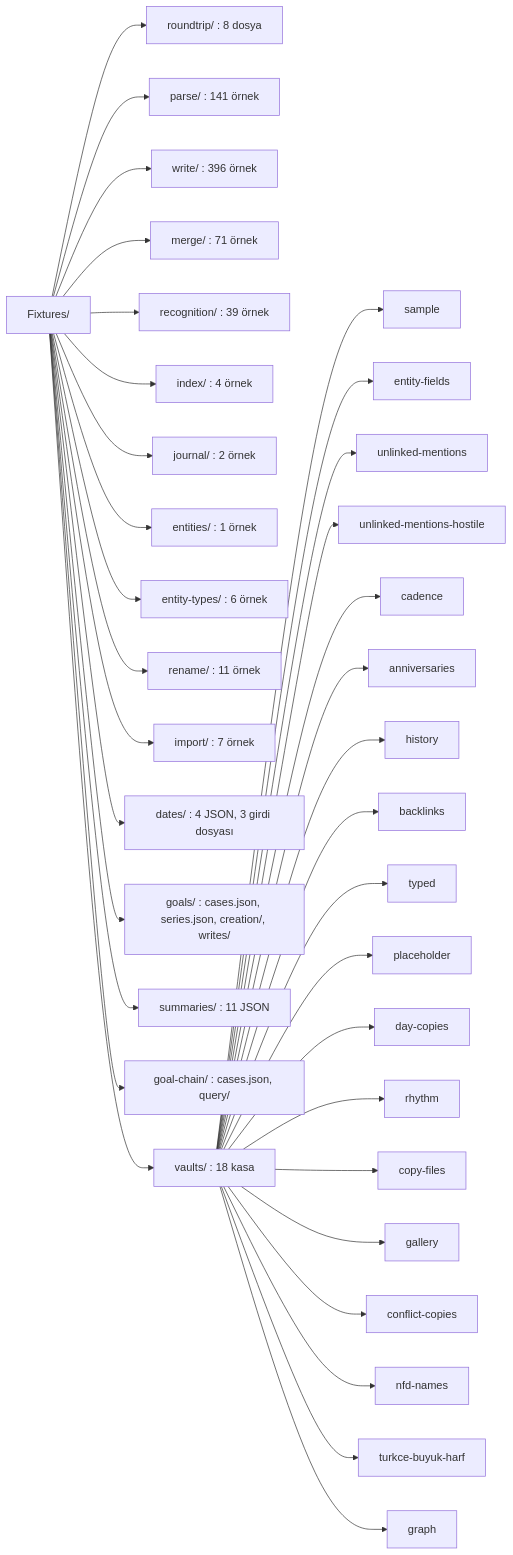
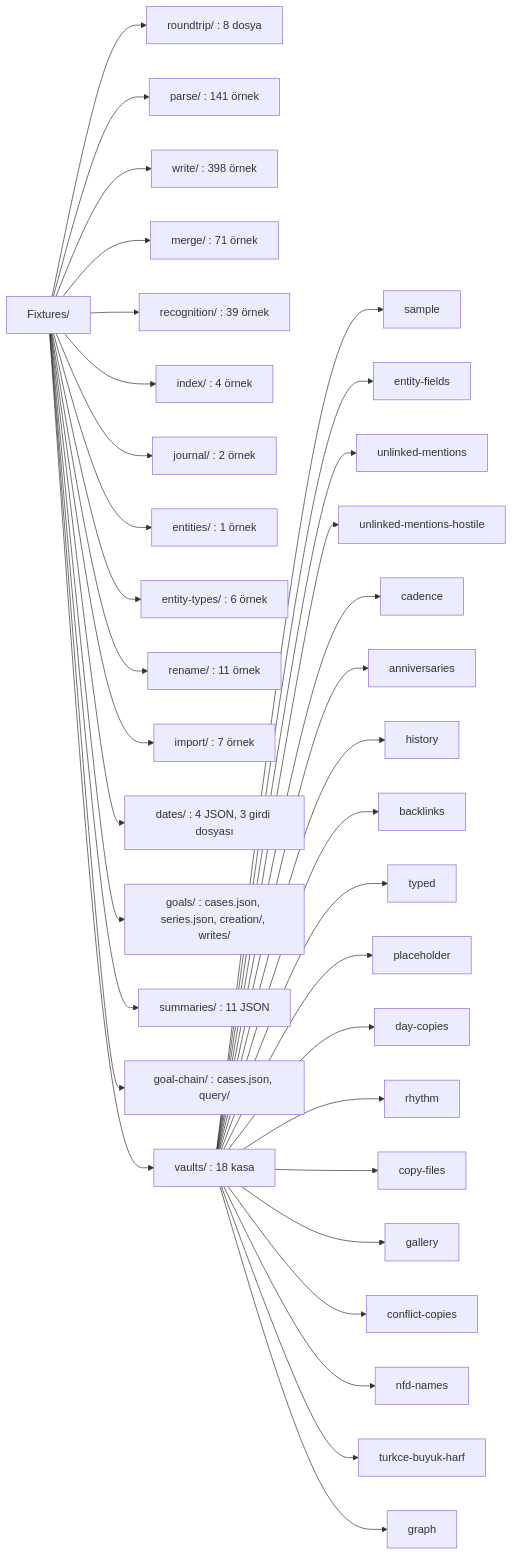
Before and after one commit to dogancanyildiz/kenet: the first of 11 diagrams in docs/fixtures.md, drawn with Mermaid. The commit also changed 41 other files, not shown here.

````diff
--- a/docs/fixtures.md
+++ b/docs/fixtures.md
@@ -15,38 +15,38 @@
 ```mermaid
 flowchart LR
   F["Fixtures/"]
   F --> RT["roundtrip/ : 8 dosya"]
   F --> PA["parse/ : 141 örnek"]
-  F --> WR["write/ : 396 örnek"]
+  F --> WR["write/ : 398 örnek"]
   F --> ME["merge/ : 71 örnek"]
   F --> RE["recognition/ : 39 örnek"]
   F --> IX["index/ : 4 örnek"]
   F --> JO["journal/ : 2 örnek"]
   F --> EN["entities/ : 1 örnek"]
   F --> ET["entity-types/ : 6 örnek"]
   F --> RN["rename/ : 11 örnek"]
   F --> IM["import/ : 7 örnek"]
   F --> DA["dates/ : 4 JSON, 3 girdi dosyası"]
   F --> GO["goals/ : cases.json, series.json, creation/, writes/"]
   F --> SU["summaries/ : 11 JSON"]
   F --> GC["goal-chain/ : cases.json, query/"]
   F --> VA["vaults/ : 18 kasa"]
   VA --> V1["sample"]
   VA --> V2["entity-fields"]
   VA --> V3["unlinked-mentions"]
   VA --> V4["unlinked-mentions-hostile"]
   VA --> V5["cadence"]
   VA --> V6["anniversaries"]
   VA --> V7["history"]
   VA --> V8["backlinks"]
   VA --> V9["typed"]
   VA --> V10["placeholder"]
   VA --> V11["day-copies"]
   VA --> V12["rhythm"]
   VA --> V13["copy-files"]
   VA --> V14["gallery"]
   VA --> V15["conflict-copies"]
   VA --> V16["nfd-names"]
   VA --> V17["turkce-buyuk-harf"]
   VA --> V18["graph"]
 ```
````
